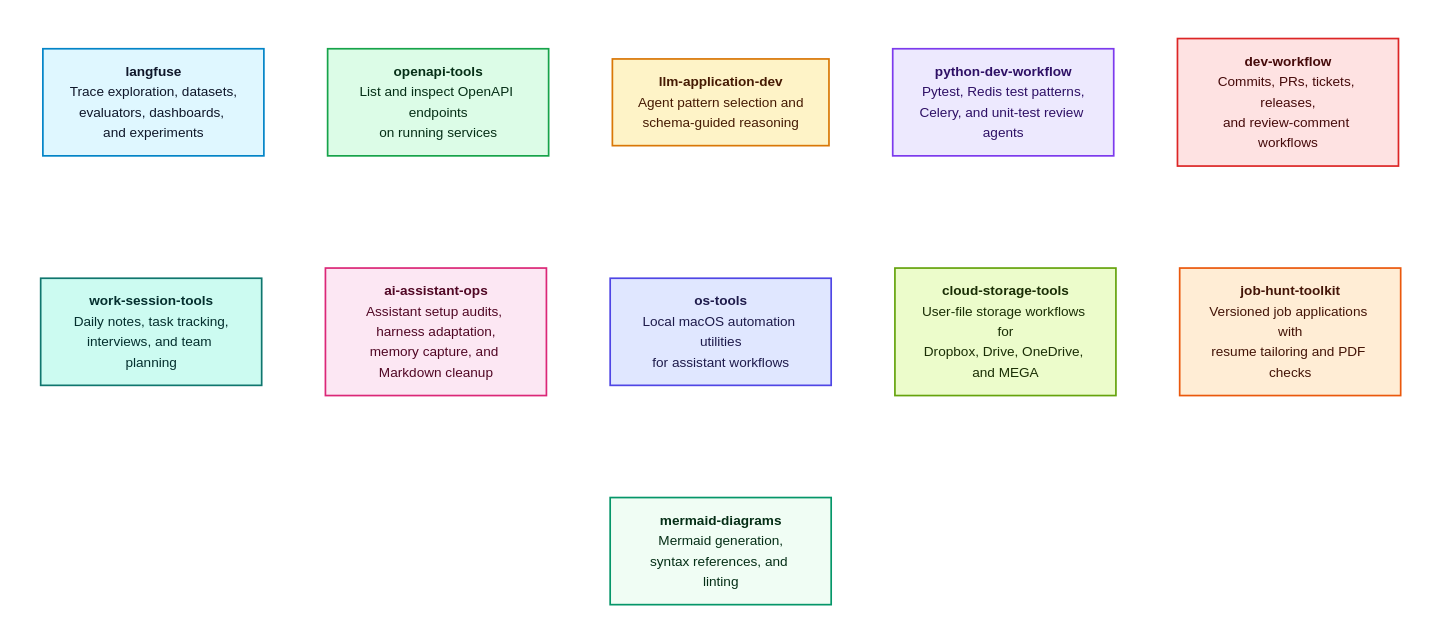
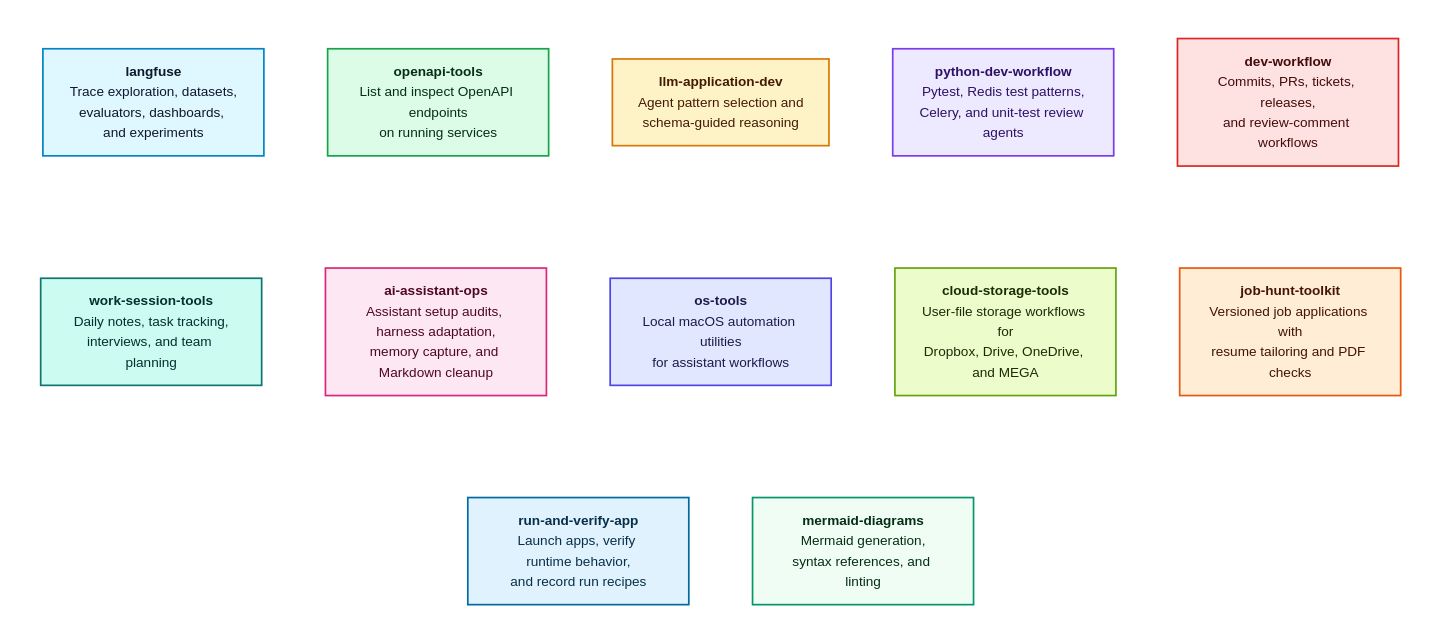
Before and after one commit to Alex-Kopylov/zweihander: the diagram in README.md, drawn with Mermaid. The commit also changed other lines of this file and 15 other files, not shown here.

Commit message:
feat(run-and-verify-app): add runtime app verification plugin

````diff
--- a/README.md
+++ b/README.md
@@ -83,68 +83,73 @@
 ```mermaid
 flowchart TB
 
 subgraph RowOne[" "]
   direction LR
   Langfuse["`**langfuse**
   Trace exploration, datasets,
   evaluators, dashboards, and experiments`"]:::langfuse
   OpenAPITools["`**openapi-tools**
   List and inspect OpenAPI endpoints
   on running services`"]:::openapi
   LLMApplicationDev["`**llm-application-dev**
   Agent pattern selection and
   schema-guided reasoning`"]:::llm
   PythonDevWorkflow["`**python-dev-workflow**
   Pytest, Redis test patterns,
   Celery, and unit-test review agents`"]:::python
   DevWorkflow["`**dev-workflow**
   Commits, PRs, tickets, releases,
   and review-comment workflows`"]:::dev
 end
 
 subgraph RowTwo[" "]
   direction LR
   WorkSessionTools["`**work-session-tools**
   Daily notes, task tracking,
   interviews, and team planning`"]:::session
   AIAssistantOps["`**ai-assistant-ops**
   Assistant setup audits, harness adaptation,
   memory capture, and Markdown cleanup`"]:::ops
   OSTools["`**os-tools**
   Local macOS automation utilities
   for assistant workflows`"]:::os
   CloudStorageTools["`**cloud-storage-tools**
   User-file storage workflows for
   Dropbox, Drive, OneDrive, and MEGA`"]:::storage
   JobHuntToolkit["`**job-hunt-toolkit**
   Versioned job applications with
   resume tailoring and PDF checks`"]:::job
 end
 
 subgraph RowThree[" "]
   direction LR
+  RunAndVerifyApp["`**run-and-verify-app**
+  Launch apps, verify runtime behavior,
+  and record run recipes`"]:::runverify
   MermaidDiagrams["`**mermaid-diagrams**
   Mermaid generation,
   syntax references, and linting`"]:::mermaid
 end
 
 Langfuse ~~~ OpenAPITools ~~~ LLMApplicationDev ~~~ PythonDevWorkflow ~~~ DevWorkflow
 WorkSessionTools ~~~ AIAssistantOps ~~~ OSTools ~~~ CloudStorageTools ~~~ JobHuntToolkit
 RowOne ~~~ RowTwo
 RowTwo ~~~ RowThree
+RunAndVerifyApp ~~~ MermaidDiagrams
 
 classDef langfuse fill:#dff7ff,stroke:#0284c7,stroke-width:2px,color:#0f172a;
 classDef openapi fill:#dcfce7,stroke:#16a34a,stroke-width:2px,color:#052e16;
 classDef llm fill:#fef3c7,stroke:#d97706,stroke-width:2px,color:#451a03;
 classDef python fill:#ede9fe,stroke:#7c3aed,stroke-width:2px,color:#2e1065;
 classDef dev fill:#fee2e2,stroke:#dc2626,stroke-width:2px,color:#450a0a;
+classDef runverify fill:#e0f2fe,stroke:#0369a1,stroke-width:2px,color:#082f49;
 classDef session fill:#ccfbf1,stroke:#0f766e,stroke-width:2px,color:#042f2e;
 classDef ops fill:#fce7f3,stroke:#db2777,stroke-width:2px,color:#500724;
 classDef os fill:#e0e7ff,stroke:#4f46e5,stroke-width:2px,color:#1e1b4b;
 classDef storage fill:#ecfccb,stroke:#65a30d,stroke-width:2px,color:#1a2e05;
 classDef job fill:#ffedd5,stroke:#ea580c,stroke-width:2px,color:#431407;
 classDef mermaid fill:#f0fdf4,stroke:#059669,stroke-width:2px,color:#052e16;
 style RowOne fill:transparent,stroke:transparent,color:transparent;
 style RowTwo fill:transparent,stroke:transparent,color:transparent;
 style RowThree fill:transparent,stroke:transparent,color:transparent;
 ```
````
